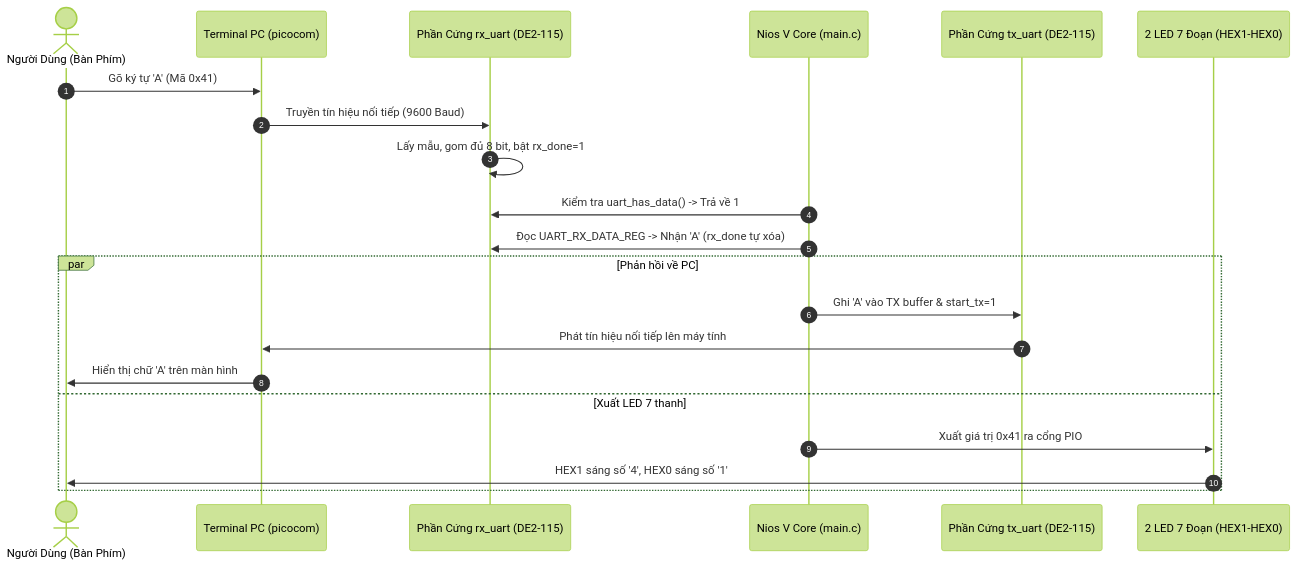
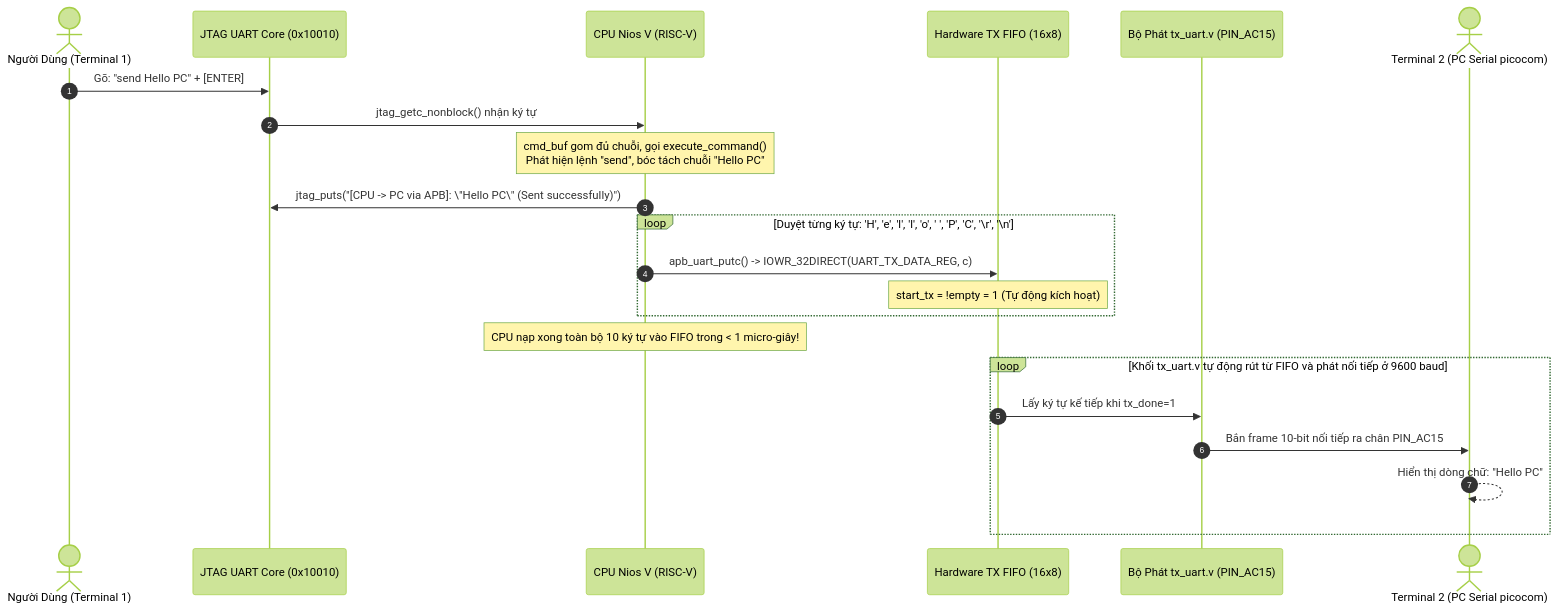
One commit to nguyenduyquyen180126/UART changed the fourth of 6 diagrams in GIAI_THICH_CODE_C_VA_APB_MASTER.md. Above: the diagram before and after it, drawn with Mermaid (forest theme). The commit also changed other lines of this file and 5 other files, not shown here.

````diff
--- a/GIAI_THICH_CODE_C_VA_APB_MASTER.md
+++ b/GIAI_THICH_CODE_C_VA_APB_MASTER.md
@@ -301,24 +544,27 @@
 ```mermaid
 sequenceDiagram
     autonumber
-    actor User as Người Dùng (Bàn Phím)
-    participant Term as Terminal PC (picocom)
-    participant HW_RX as Phần Cứng rx_uart (DE2-115)
-    participant CPU as Nios V Core (main.c)
-    participant HW_TX as Phần Cứng tx_uart (DE2-115)
-    participant HEX as 2 LED 7 Đoạn (HEX1-HEX0)
+    actor USER as Người Dùng (Terminal 1)
+    participant JTAG as JTAG UART Core (0x10010)
+    participant CPU as CPU Nios V (RISC-V)
+    participant FIFO as Hardware TX FIFO (16x8)
+    participant PHY as Bộ Phát tx_uart.v (PIN_AC15)
+    actor PC as Terminal 2 (PC Serial picocom)
 
-    User->>Term: Gõ ký tự 'A' (Mã 0x41)
-    Term->>HW_RX: Truyền tín hiệu nối tiếp (9600 Baud)
-    HW_RX->>HW_RX: Lấy mẫu, gom đủ 8 bit, bật rx_done=1
-    CPU->>HW_RX: Kiểm tra uart_has_data() -> Trả về 1
-    CPU->>HW_RX: Đọc UART_RX_DATA_REG -> Nhận 'A' (rx_done tự xóa)
-    par Phản hồi về PC
-        CPU->>HW_TX: Ghi 'A' vào TX buffer & start_tx=1
-        HW_TX->>Term: Phát tín hiệu nối tiếp lên máy tính
-        Term->>User: Hiển thị chữ 'A' trên màn hình
-    and Xuất LED 7 thanh
-        CPU->>HEX: Xuất giá trị 0x41 ra cổng PIO
-        HEX->>User: HEX1 sáng số '4', HEX0 sáng số '1'
+    USER->>JTAG: Gõ: "send Hello PC" + [ENTER]
+    JTAG->>CPU: jtag_getc_nonblock() nhận ký tự
+    Note over CPU: cmd_buf gom đủ chuỗi, gọi execute_command()<br/>Phát hiện lệnh "send", bóc tách chuỗi "Hello PC"
+    CPU->>JTAG: jtag_puts("[CPU -> PC via APB]: \"Hello PC\" (Sent successfully)")
+    
+    loop Duyệt từng ký tự: 'H', 'e', 'l', 'l', 'o', ' ', 'P', 'C', '\r', '\n'
+        CPU->>FIFO: apb_uart_putc() -> IOWR_32DIRECT(UART_TX_DATA_REG, c)
+        Note over FIFO: start_tx = !empty = 1 (Tự động kích hoạt)
+    end
+    Note over CPU: CPU nạp xong toàn bộ 10 ký tự vào FIFO trong < 1 micro-giây!
+    
+    loop Khối tx_uart.v tự động rút từ FIFO và phát nối tiếp ở 9600 baud
+        FIFO->>PHY: Lấy ký tự kế tiếp khi tx_done=1
+        PHY->>PC: Bắn frame 10-bit nối tiếp ra chân PIN_AC15
+        PC-->>PC: Hiển thị dòng chữ: "Hello PC"
     end
 ```
````
